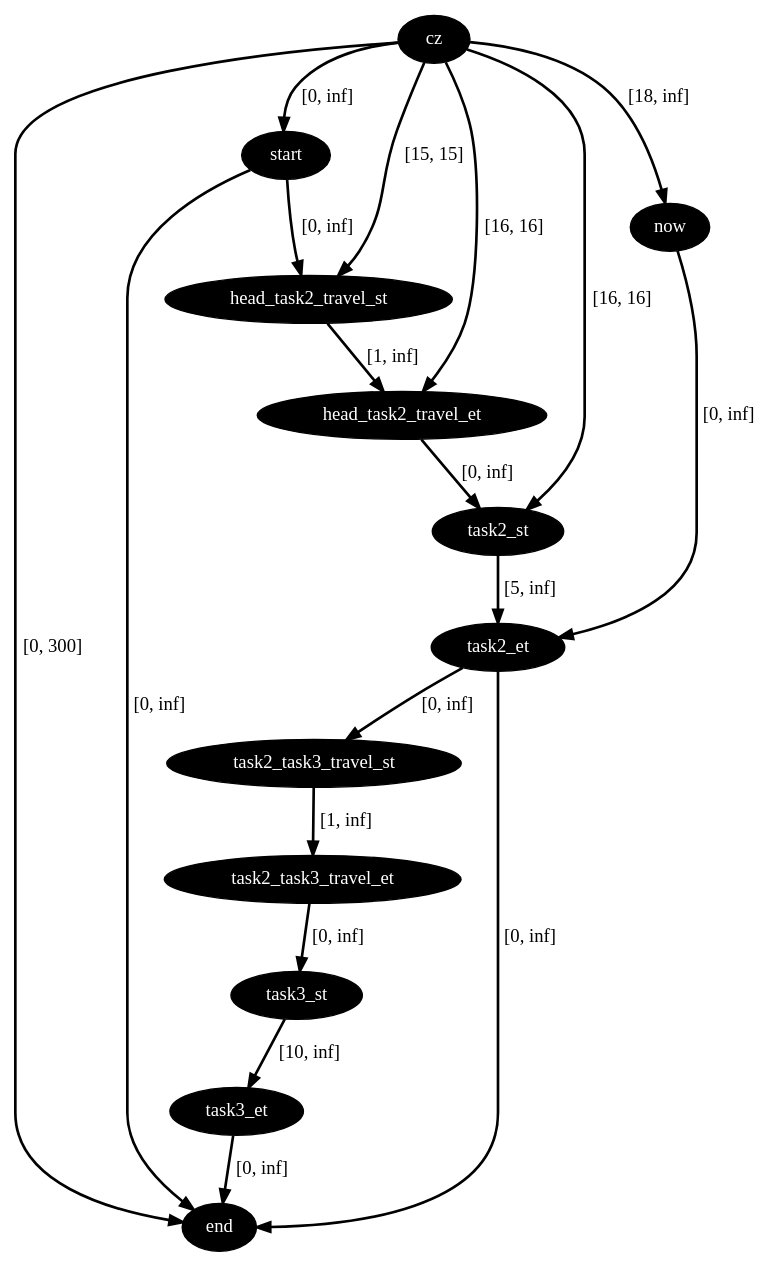
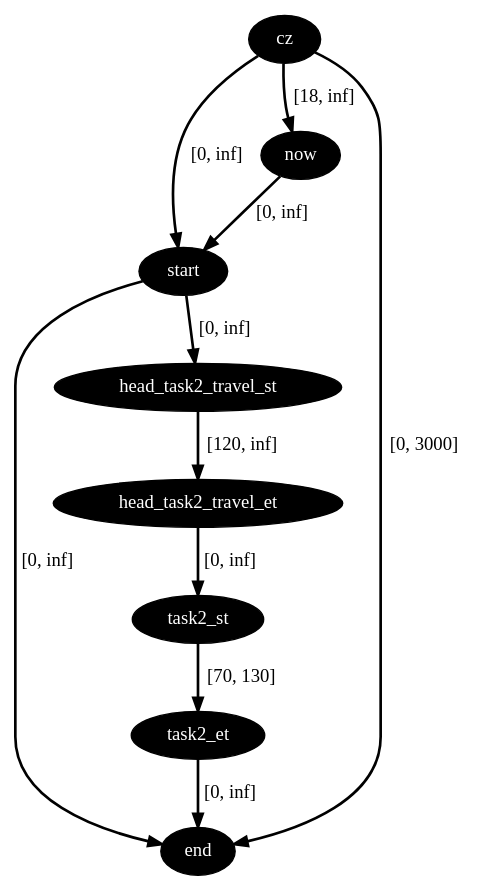
One commit to gkasha/maae changed the diagram in data/dot_files/agent_stn_1_t_18.dot. Above: the diagram before and after it, drawn with Graphviz. The commit also changed 5478 other files, not shown here.

```diff
--- a/data/dot_files/agent_stn_1_t_18.dot
+++ b/data/dot_files/agent_stn_1_t_18.dot
@@ -1,32 +1,20 @@
 digraph plan {
 0[label="cz",style=filled,fillcolor=black,fontcolor=white];
 1[label="start",style=filled,fillcolor=black,fontcolor=white];
 2[label="now",style=filled,fillcolor=black,fontcolor=white];
 3[label="end",style=filled,fillcolor=black,fontcolor=white];
-7[label="head_task2_travel_st",style=filled,fillcolor=black,fontcolor=white];
-8[label="head_task2_travel_et",style=filled,fillcolor=black,fontcolor=white];
-9[label="task2_st",style=filled,fillcolor=black,fontcolor=white];
-10[label="task2_et",style=filled,fillcolor=black,fontcolor=white];
-15[label="task2_task3_travel_st",style=filled,fillcolor=black,fontcolor=white];
-16[label="task2_task3_travel_et",style=filled,fillcolor=black,fontcolor=white];
-17[label="task3_st",style=filled,fillcolor=black,fontcolor=white];
-18[label="task3_et",style=filled,fillcolor=black,fontcolor=white];
+9[label="head_task2_travel_st",style=filled,fillcolor=black,fontcolor=white];
+10[label="head_task2_travel_et",style=filled,fillcolor=black,fontcolor=white];
+11[label="task2_st",style=filled,fillcolor=black,fontcolor=white];
+12[label="task2_et",style=filled,fillcolor=black,fontcolor=white];
 "0"->"1"[label="[0, inf]",penwidth=2,color=black];
-"0"->"3"[label="[0, 300]",penwidth=2,color=black];
-"7"->"8"[label="[1, inf]",penwidth=2,color=black];
-"0"->"8"[label="[16, 16]",penwidth=2,color=black];
-"1"->"7"[label="[0, inf]",penwidth=2,color=black];
-"0"->"7"[label="[15, 15]",penwidth=2,color=black];
+"0"->"3"[label="[0, 3000]",penwidth=2,color=black];
+"9"->"10"[label="[120, inf]",penwidth=2,color=black];
+"1"->"9"[label="[0, inf]",penwidth=2,color=black];
 "0"->"2"[label="[18, inf]",penwidth=2,color=black];
-"2"->"10"[label="[0, inf]",penwidth=2,color=black];
+"2"->"1"[label="[0, inf]",penwidth=2,color=black];
 "1"->"3"[label="[0, inf]",penwidth=2,color=black];
-"10"->"3"[label="[0, inf]",penwidth=2,color=black];
-"0"->"9"[label="[16, 16]",penwidth=2,color=black];
-"15"->"16"[label="[1, inf]",penwidth=2,color=black];
-"10"->"15"[label="[0, inf]",penwidth=2,color=black];
-"9"->"10"[label="[5, inf]",penwidth=2,color=black];
-"8"->"9"[label="[0, inf]",penwidth=2,color=black];
-"18"->"3"[label="[0, inf]",penwidth=2,color=black];
-"17"->"18"[label="[10, inf]",penwidth=2,color=black];
-"16"->"17"[label="[0, inf]",penwidth=2,color=black];
+"12"->"3"[label="[0, inf]",penwidth=2,color=black];
+"11"->"12"[label="[70, 130]",penwidth=2,color=black];
+"10"->"11"[label="[0, inf]",penwidth=2,color=black];
 }
```
